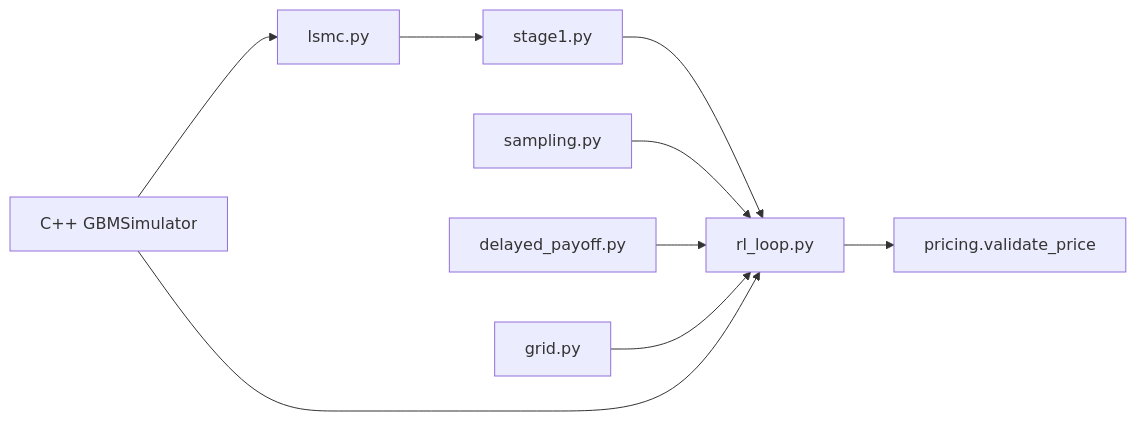
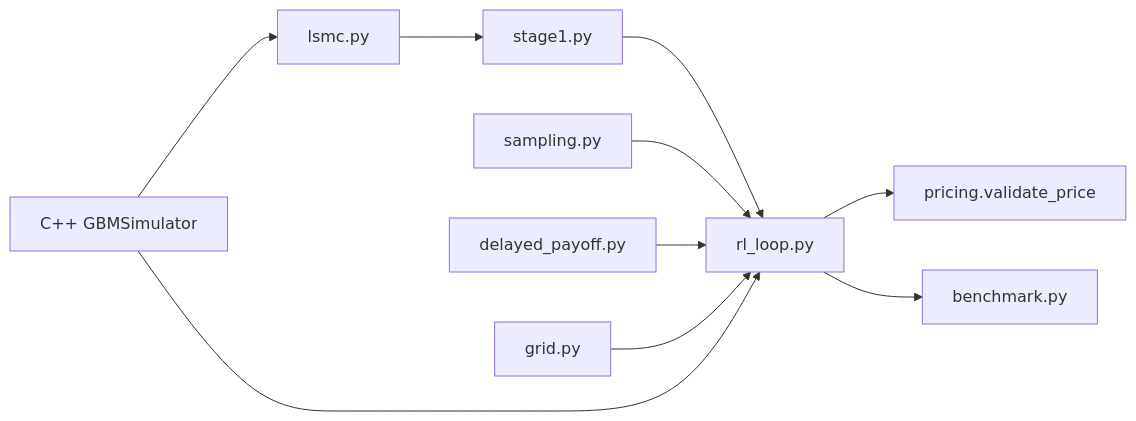
Before and after one commit to JasonMun7/CARLOS-core: the diagram in README.md, drawn with Mermaid. The commit also changed other lines of this file and 18 other files, not shown here.

````diff
--- a/README.md
+++ b/README.md
@@ -47,11 +57,12 @@
 ```mermaid
 flowchart LR
   LSMC[lsmc.py] --> Stage1[stage1.py]
   Stage1 --> RL[rl_loop.py]
   Sampling[sampling.py] --> RL
   Delay[delayed_payoff.py] --> RL
   Grid[grid.py] --> RL
   Sim[C++ GBMSimulator] --> LSMC
   Sim --> RL
   RL --> Price[pricing.validate_price]
+  RL --> Bench[benchmark.py]
 ```
````
